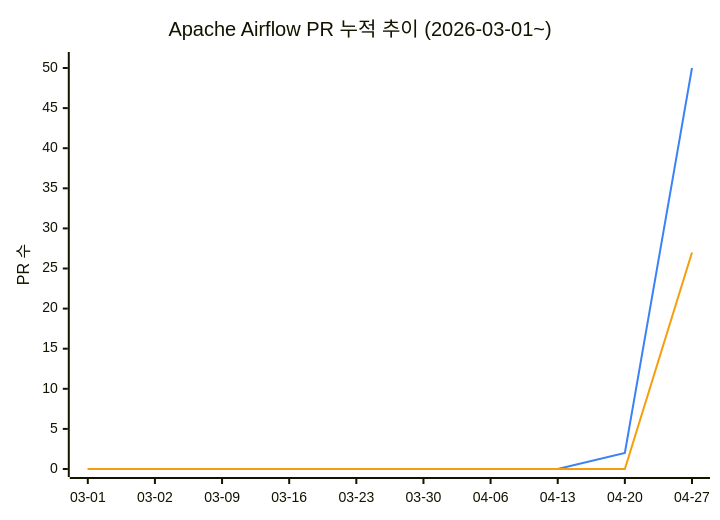
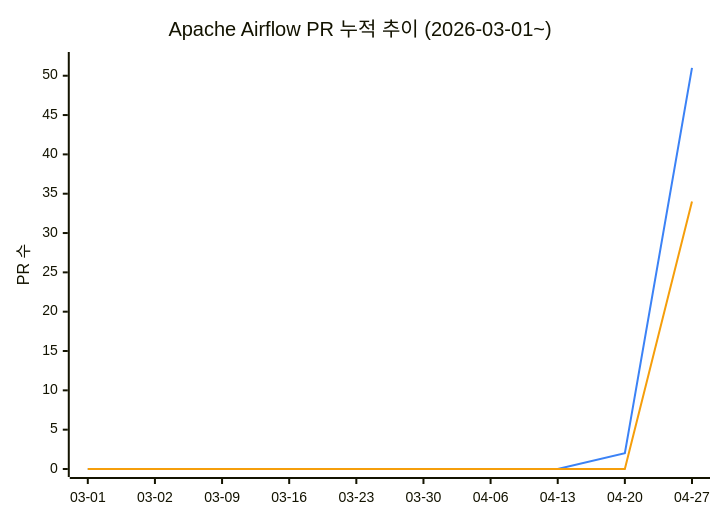
Before and after one commit to AirflowKorea/ossca: the diagram in README.md, drawn with Mermaid. The commit also changed other lines of this file, not shown here.

````diff
--- a/README.md
+++ b/README.md
@@ -11,9 +11,9 @@
 ```mermaid
 %%{init: {"themeVariables": {"xyChart": {"plotColorPalette": "#3b82f6, #f59e0b"}}}}%%
 xychart-beta
     title "Apache Airflow PR 누적 추이 (2026-03-01~)"
     x-axis ["03-01", "03-02", "03-09", "03-16", "03-23", "03-30", "04-06", "04-13", "04-20", "04-27"]
-    y-axis "PR 수" 0 --> 51
-    line [0, 0, 0, 0, 0, 0, 0, 0, 2, 50]
-    line [0, 0, 0, 0, 0, 0, 0, 0, 0, 27]
+    y-axis "PR 수" 0 --> 52
+    line [0, 0, 0, 0, 0, 0, 0, 0, 2, 51]
+    line [0, 0, 0, 0, 0, 0, 0, 0, 0, 34]
 ```
````
